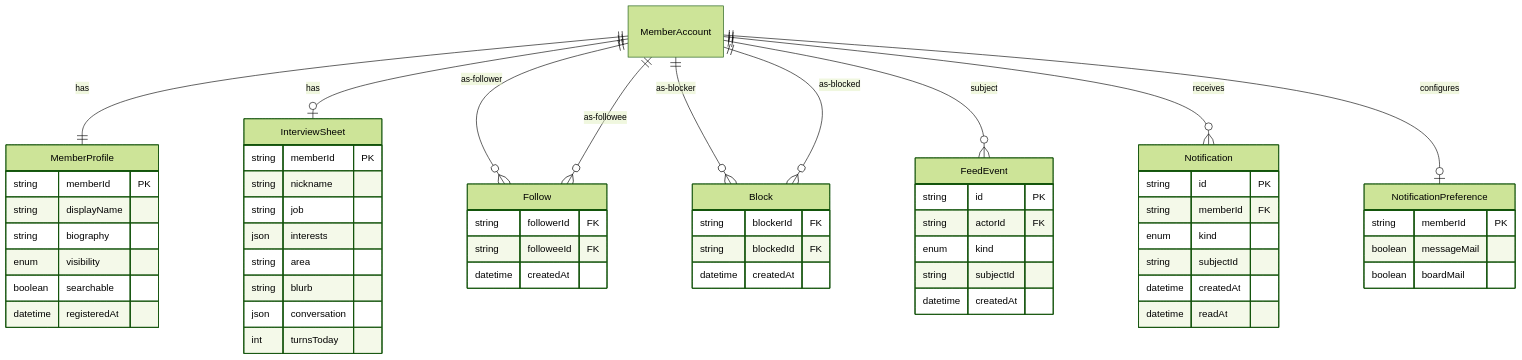
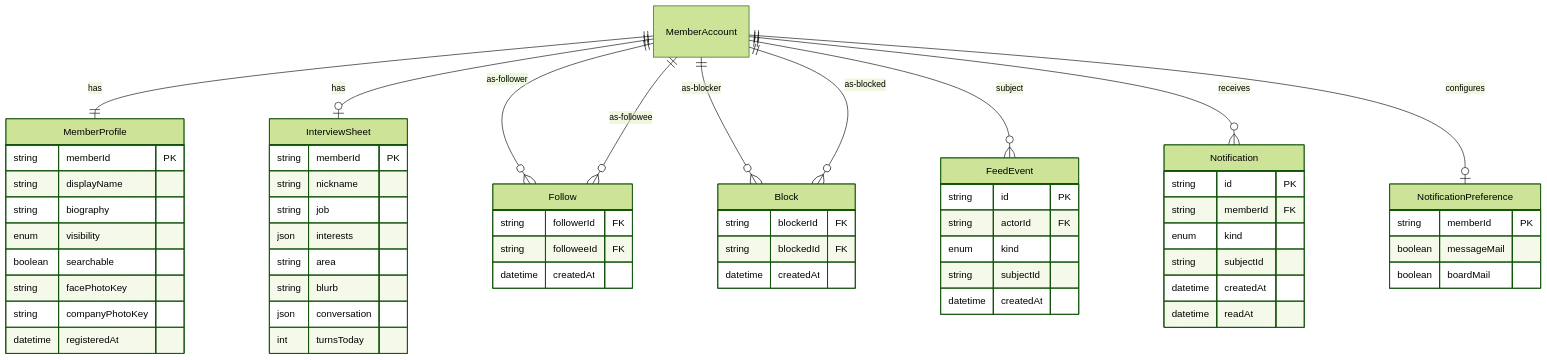
One commit to masseater/typescript-template changed the diagram in apps/internal-dashboard/content/docs/data-model/member-graph.md. Above: the diagram before and after it, drawn with Mermaid (forest theme). The commit also changed other lines of this file and 2 other files, not shown here.

````diff
--- a/apps/internal-dashboard/content/docs/data-model/member-graph.md
+++ b/apps/internal-dashboard/content/docs/data-model/member-graph.md
@@ -10,60 +10,62 @@
 ```mermaid
 erDiagram
   MemberAccount ||--|| MemberProfile : has
   MemberAccount ||--o| InterviewSheet : has
   MemberAccount ||--o{ Follow : as-follower
   MemberAccount ||--o{ Follow : as-followee
   MemberAccount ||--o{ Block : as-blocker
   MemberAccount ||--o{ Block : as-blocked
   MemberAccount ||--o{ FeedEvent : subject
   MemberAccount ||--o{ Notification : receives
   MemberAccount ||--o| NotificationPreference : configures
   MemberProfile {
     string memberId PK
     string displayName
     string biography
     enum visibility
     boolean searchable
+    string facePhotoKey
+    string companyPhotoKey
     datetime registeredAt
   }
   InterviewSheet {
     string memberId PK
     string nickname
     string job
     json interests
     string area
     string blurb
     json conversation
     int turnsToday
   }
   Follow {
     string followerId FK
     string followeeId FK
     datetime createdAt
   }
   Block {
     string blockerId FK
     string blockedId FK
     datetime createdAt
   }
   FeedEvent {
     string id PK
     string actorId FK
     enum kind
     string subjectId
     datetime createdAt
   }
   Notification {
     string id PK
     string memberId FK
     enum kind
     string subjectId
     datetime createdAt
     datetime readAt
   }
   NotificationPreference {
     string memberId PK
     boolean messageMail
     boolean boardMail
   }
 ```
````
